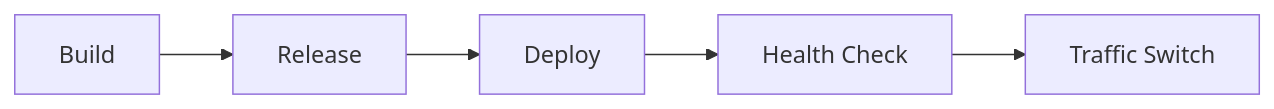
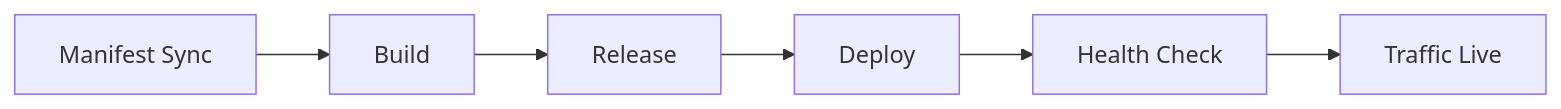
The first of 2 diagrams in website/docs/operations/deployment.md (eve-horizon/eve-horizon-docs), drawn with Mermaid before and after one commit. The commit also changed other lines of this file and 38 other files, not shown here.

````diff
--- a/website/docs/operations/deployment.md
+++ b/website/docs/operations/deployment.md
@@ -25,7 +17,8 @@
 ```mermaid
 graph LR
-    A[Build] --> B[Release]
-    B --> C[Deploy]
-    C --> D[Health Check]
-    D --> E[Traffic Switch]
+    A[Manifest Sync] --> B[Build]
+    B --> C[Release]
+    C --> D[Deploy]
+    D --> E[Health Check]
+    E --> F[Traffic Live]
 ```
````
